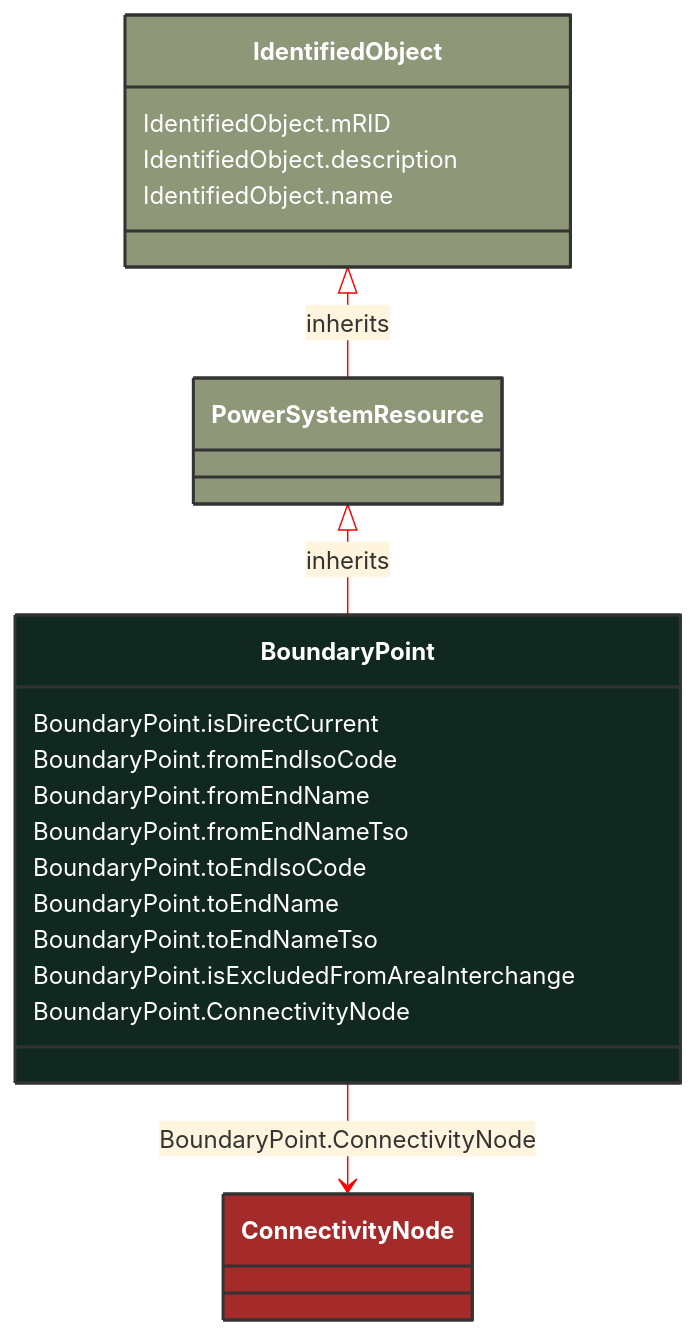
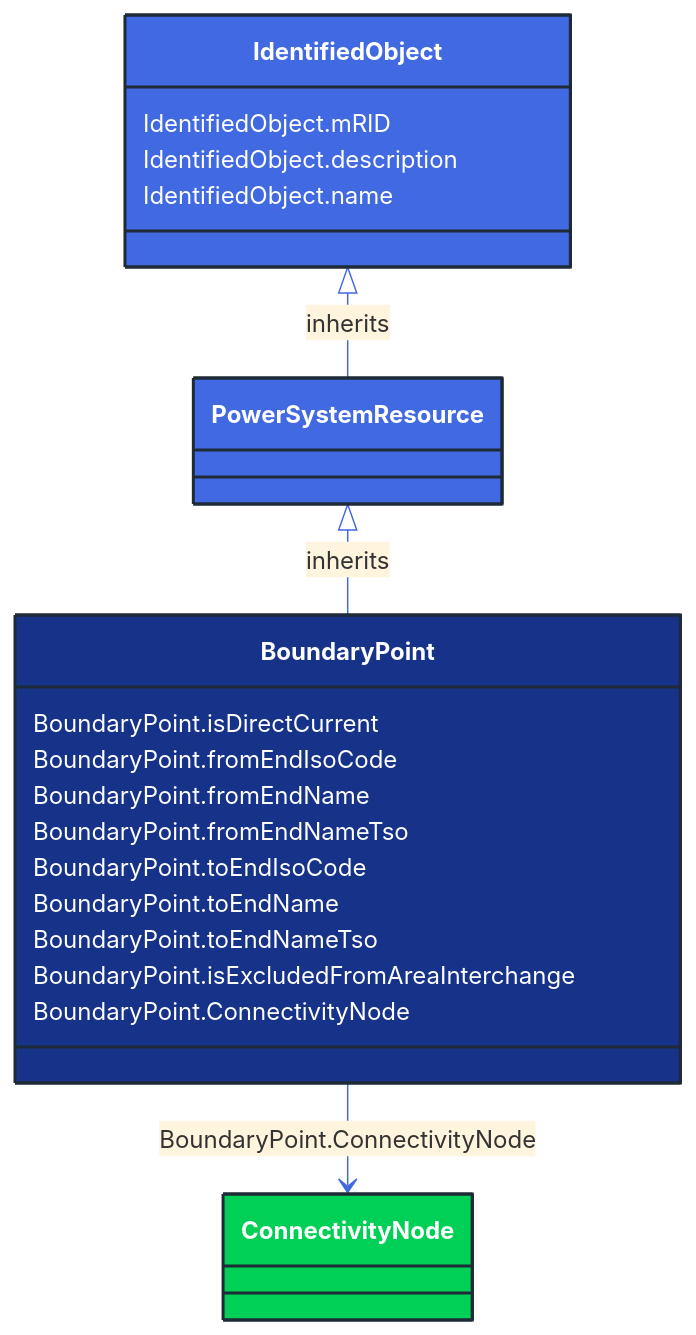
One commit to 3lbits/NoCIMExtensions changed the diagram in docs/Models/Profiles/EquipmentBoundary/ConcreteClasses/BoundaryPoint.md. Above: the diagram before and after it, drawn with Mermaid. The commit also changed 362 other files, not shown here.

First line of the commit message:
Update diagrams and styles for improved visual consistency

````diff
--- a/docs/Models/Profiles/EquipmentBoundary/ConcreteClasses/BoundaryPoint.md
+++ b/docs/Models/Profiles/EquipmentBoundary/ConcreteClasses/BoundaryPoint.md
@@ -8,35 +8,35 @@
 ```mermaid
-%%{init: {'theme':'base','themeVariables': {'lineColor': '#FF0000'}}}%%
+%%{init: {'theme':'base','themeVariables': {'lineColor': '#4169E1'}}}%%
 classDiagram
     class BoundaryPoint
     click BoundaryPoint href "/Models/Profiles/EquipmentBoundary/ConcreteClasses/BoundaryPoint/"
-    style BoundaryPoint fill:#102820,stroke:#333,stroke-width:2px,rx:10,ry:10,color:white
+    style BoundaryPoint fill:#163289,stroke:#1F2A37,stroke-width:2px,rx:10,ry:10,color:white
      
         PowerSystemResource <|-- BoundaryPoint : inherits
             click PowerSystemResource href "/Models/Profiles/EquipmentBoundary/AbstractClasses/PowerSystemResource/"
-            style PowerSystemResource fill:#8F9779,stroke:#333,stroke-width:2px,rx:10,ry:10,color:white
+            style PowerSystemResource fill:#4169E1,stroke:#1F2A37,stroke-width:2px,rx:10,ry:10,color:white
      
         IdentifiedObject <|-- PowerSystemResource : inherits
             click IdentifiedObject href "/Models/Profiles/EquipmentBoundary/AbstractClasses/IdentifiedObject/"
-            style IdentifiedObject fill:#8F9779,stroke:#333,stroke-width:2px,rx:10,ry:10,color:white
+            style IdentifiedObject fill:#4169E1,stroke:#1F2A37,stroke-width:2px,rx:10,ry:10,color:white
 
         BoundaryPoint --> ConnectivityNode : BoundaryPoint.ConnectivityNode
 
         ConnectivityNode
             click ConnectivityNode href "/Models/Profiles/EquipmentBoundary/ConcreteClasses/ConnectivityNode/"
-            style ConnectivityNode fill:#A52A2A,stroke:#333,stroke-width:2px,rx:10,ry:10,color:white
+            style ConnectivityNode fill:#00D156,stroke:#1F2A37,stroke-width:2px,rx:10,ry:10,color:white
 
 
         BoundaryPoint : BoundaryPoint.isDirectCurrent
         BoundaryPoint : BoundaryPoint.fromEndIsoCode
         BoundaryPoint : BoundaryPoint.fromEndName
         BoundaryPoint : BoundaryPoint.fromEndNameTso
         BoundaryPoint : BoundaryPoint.toEndIsoCode
         BoundaryPoint : BoundaryPoint.toEndName
         BoundaryPoint : BoundaryPoint.toEndNameTso
         BoundaryPoint : BoundaryPoint.isExcludedFromAreaInterchange
         BoundaryPoint : BoundaryPoint.ConnectivityNode
         IdentifiedObject : IdentifiedObject.mRID
         IdentifiedObject : IdentifiedObject.description
         IdentifiedObject : IdentifiedObject.name
 ```
````
